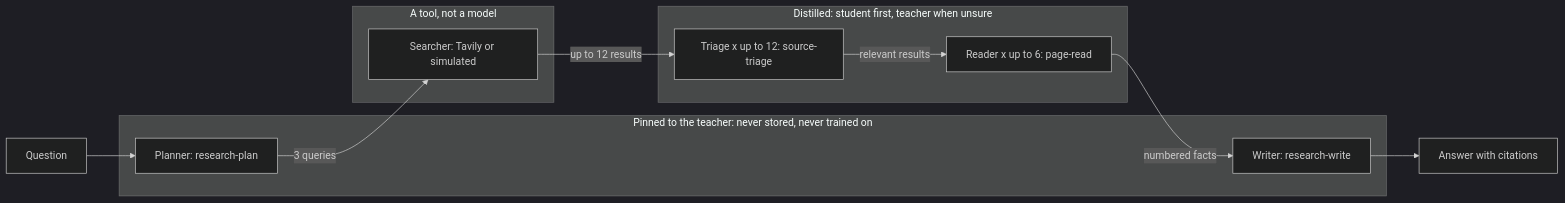
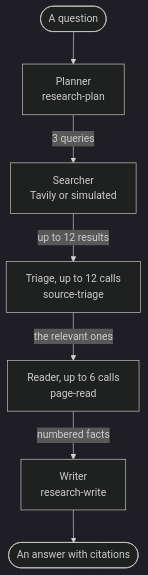
The second of 4 diagrams in docs-site/src/content/docs/guides/scout.mdx (harshbhx/ratchet), drawn with Mermaid (dark theme) before and after one commit. The commit also changed other lines of this file and 25 other files, not shown here.

````diff
--- a/docs-site/src/content/docs/guides/scout.mdx
+++ b/docs-site/src/content/docs/guides/scout.mdx
@@ -89,20 +100,13 @@
 ```mermaid
-flowchart LR
-  Q["Question"] --> PL
-  subgraph Pinned["Pinned to the teacher: never stored, never trained on"]
-    PL["Planner: research-plan"]
-    WR["Writer: research-write"]
-  end
-  subgraph Tool["A tool, not a model"]
-    SE["Searcher: Tavily or simulated"]
-  end
-  subgraph Dist["Distilled: student first, teacher when unsure"]
-    TR["Triage x up to 12: source-triage"]
-    RD["Reader x up to 6: page-read"]
-  end
-  PL -->|"3 queries"| SE
-  SE -->|"up to 12 results"| TR
-  TR -->|"relevant results"| RD
-  RD -->|"numbered facts"| WR
-  WR --> A["Answer with citations"]
+flowchart TB
+  Q(["A question"]) --> PL["Planner<br/>research-plan"]
+  PL -->|"3 queries"| SE["Searcher<br/>Tavily or simulated"]
+  SE -->|"up to 12 results"| TR["Triage, up to 12 calls<br/>source-triage"]
+  TR -->|"the relevant ones"| RD["Reader, up to 6 calls<br/>page-read"]
+  RD -->|"numbered facts"| WR["Writer<br/>research-write"]
+  WR --> A(["An answer with citations"])
+
+  class PL,WR teacher
+  class TR,RD student
+  class SE outline
 ```
````
